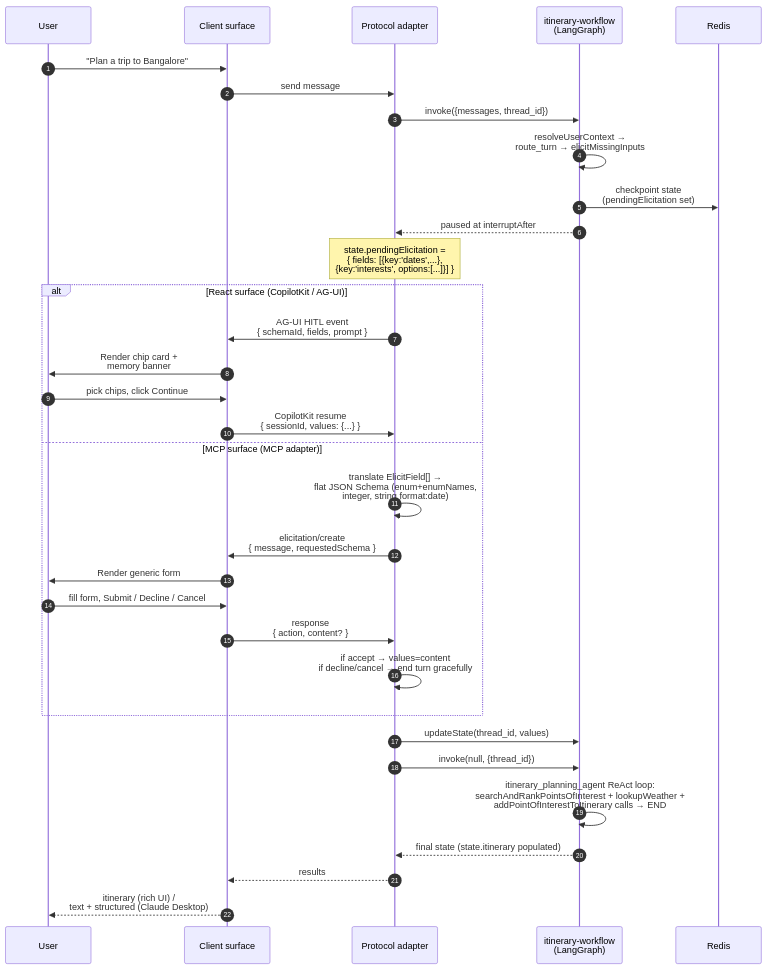
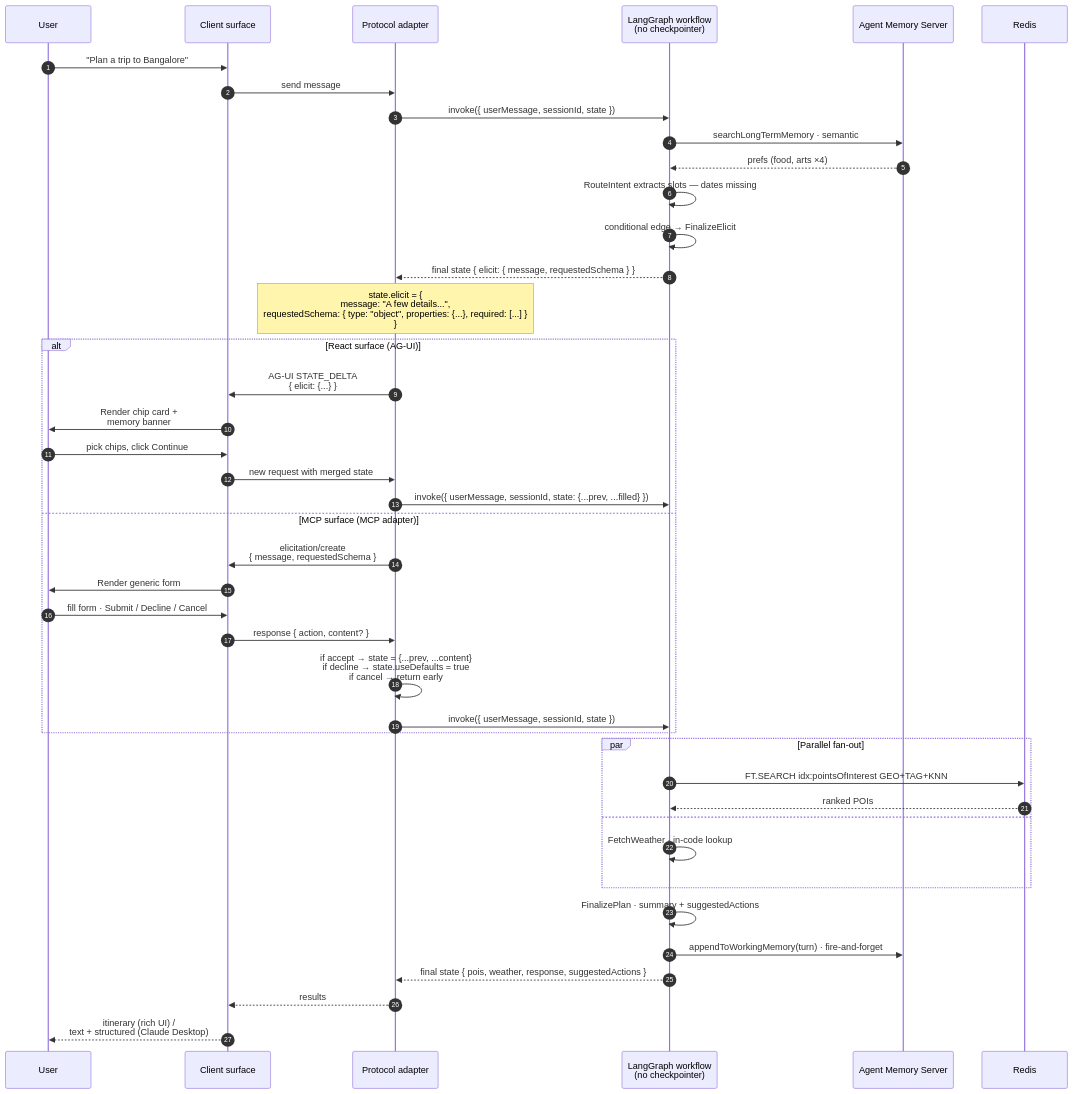
The second of 2 diagrams in docs/diagrams/with-mcp.md (booleanhunter/travel-planning-agent-agui-langraph), drawn with Mermaid before and after one commit. The commit also changed other lines of this file and 8 other files, not shown here.

First line of the commit message:
docs(diagrams): realign architecture docs with the single-graph design

````diff
--- a/docs/diagrams/with-mcp.md
+++ b/docs/diagrams/with-mcp.md
@@ -51,38 +51,48 @@
 ```mermaid
 sequenceDiagram
       autonumber
       participant User
       participant Surface as Client surface
       participant Adapter as Protocol adapter
-      participant Graph as itinerary-workflow<br/>(LangGraph)
+      participant Graph as LangGraph workflow<br/>(no checkpointer)
+      participant AMS as Agent Memory Server
       participant Redis
+
       User->>Surface: "Plan a trip to Bangalore"
       Surface->>Adapter: send message
-      Adapter->>Graph: invoke({messages, thread_id})
-      Graph->>Graph: resolveUserContext →<br/>route_turn → elicitMissingInputs
-      Graph->>Redis: checkpoint state<br/>(pendingElicitation set)
-      Graph-->>Adapter: paused at interruptAfter
+      Adapter->>Graph: invoke({ userMessage, sessionId, state })
+      Graph->>AMS: searchLongTermMemory · semantic
+      AMS-->>Graph: prefs (food, arts ×4)
+      Graph->>Graph: RouteIntent extracts slots — dates missing
+      Graph->>Graph: conditional edge → FinalizeElicit
+      Graph-->>Adapter: final state { elicit: { message, requestedSchema } }
 
-      Note over Adapter: state.pendingElicitation =<br/>{ fields: [{key:'dates',...},<br/>           {key:'interests', options:[...]}] }
+      Note over Adapter: state.elicit = {<br/>  message: "A few details...",<br/>  requestedSchema: { type: "object", properties: {...}, required: [...] }<br/>}
 
-      alt React surface (CopilotKit / AG-UI)
-          Adapter->>Surface: AG-UI HITL event<br/>{ schemaId, fields, prompt }
+      alt React surface (AG-UI)
+          Adapter->>Surface: AG-UI STATE_DELTA<br/>{ elicit: {...} }
           Surface->>User: Render chip card +<br/>memory banner
           User->>Surface: pick chips, click Continue
-          Surface->>Adapter: CopilotKit resume<br/>{ sessionId, values: {...} }
+          Surface->>Adapter: new request with merged state
+          Adapter->>Graph: invoke({ userMessage, sessionId, state: {...prev, ...filled} })
       else MCP surface (MCP adapter)
-          Adapter->>Adapter: translate ElicitField[] →<br/>flat JSON Schema (enum+enumNames,<br/>integer, string format:date)
           Adapter->>Surface: elicitation/create<br/>{ message, requestedSchema }
           Surface->>User: Render generic form
-          User->>Surface: fill form, Submit / Decline / Cancel
-          Surface->>Adapter: response<br/>{ action, content? }
-          Adapter->>Adapter: if accept → values=content<br/>if decline/cancel → end turn gracefully
+          User->>Surface: fill form · Submit / Decline / Cancel
+          Surface->>Adapter: response { action, content? }
+          Adapter->>Adapter: if accept → state = {...prev, ...content}<br/>if decline → state.useDefaults = true<br/>if cancel → return early
+          Adapter->>Graph: invoke({ userMessage, sessionId, state })
       end
 
-      Adapter->>Graph: updateState(thread_id, values)
-      Adapter->>Graph: invoke(null, {thread_id})
-      Graph->>Graph: itinerary_planning_agent ReAct loop:<br/>searchAndRankPointsOfInterest + lookupWeather +<br/>addPointOfInterestToItinerary calls → END
-      Graph-->>Adapter: final state (state.itinerary populated)
+      par Parallel fan-out
+          Graph->>Redis: FT.SEARCH idx:pointsOfInterest GEO+TAG+KNN
+          Redis-->>Graph: ranked POIs
+      and
+          Graph->>Graph: FetchWeather · in-code lookup
+      end
+      Graph->>Graph: FinalizePlan · summary + suggestedActions
+      Graph->>AMS: appendToWorkingMemory(turn) · fire-and-forget
+      Graph-->>Adapter: final state { pois, weather, response, suggestedActions }
       Adapter-->>Surface: results
       Surface-->>User: itinerary (rich UI) /<br/>text + structured (Claude Desktop)
 ```
````
